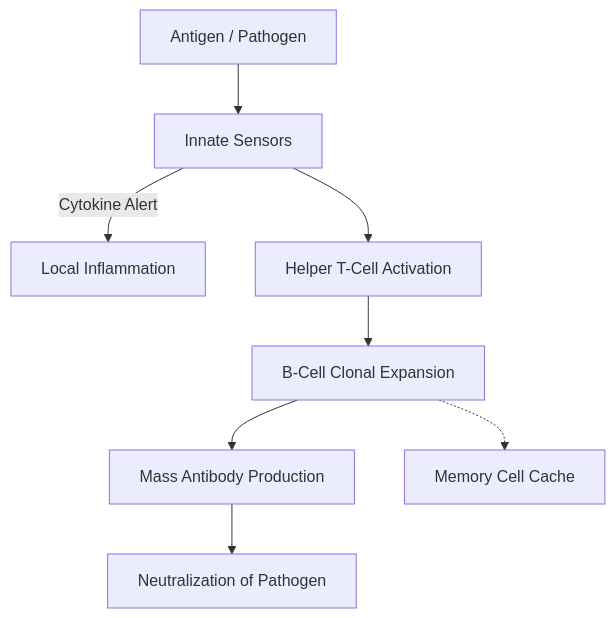
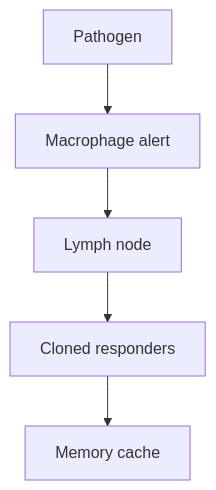
Before and after one commit to 07AMIT10/chaitra: the diagram in drishti/studies/THE_IMMUNE_SYSTEM/README.md, drawn with Mermaid. The commit also changed other lines of this file and 47 other files, not shown here.

````diff
--- a/drishti/studies/THE_IMMUNE_SYSTEM/README.md
+++ b/drishti/studies/THE_IMMUNE_SYSTEM/README.md
@@ -17,10 +13,7 @@
 ```mermaid
 flowchart TD
-  Pathogen[Antigen / Pathogen] --> Macrophage[Innate Sensors]
-  Macrophage -->|Cytokine Alert| Inflammation[Local Inflammation]
-  Macrophage --> TCell[Helper T-Cell Activation]
-  TCell --> BCell[B-Cell Clonal Expansion]
-  BCell --> Antibodies[Mass Antibody Production]
-  Antibodies --> Neutralize[Neutralization of Pathogen]
-  BCell -.-> Memory[Memory Cell Cache]
+  Pathogen --> Mac[Macrophage alert]
+  Mac --> Node[Lymph node]
+  Node --> Clone[Cloned responders]
+  Clone --> Memory[Memory cache]
 ```
````
